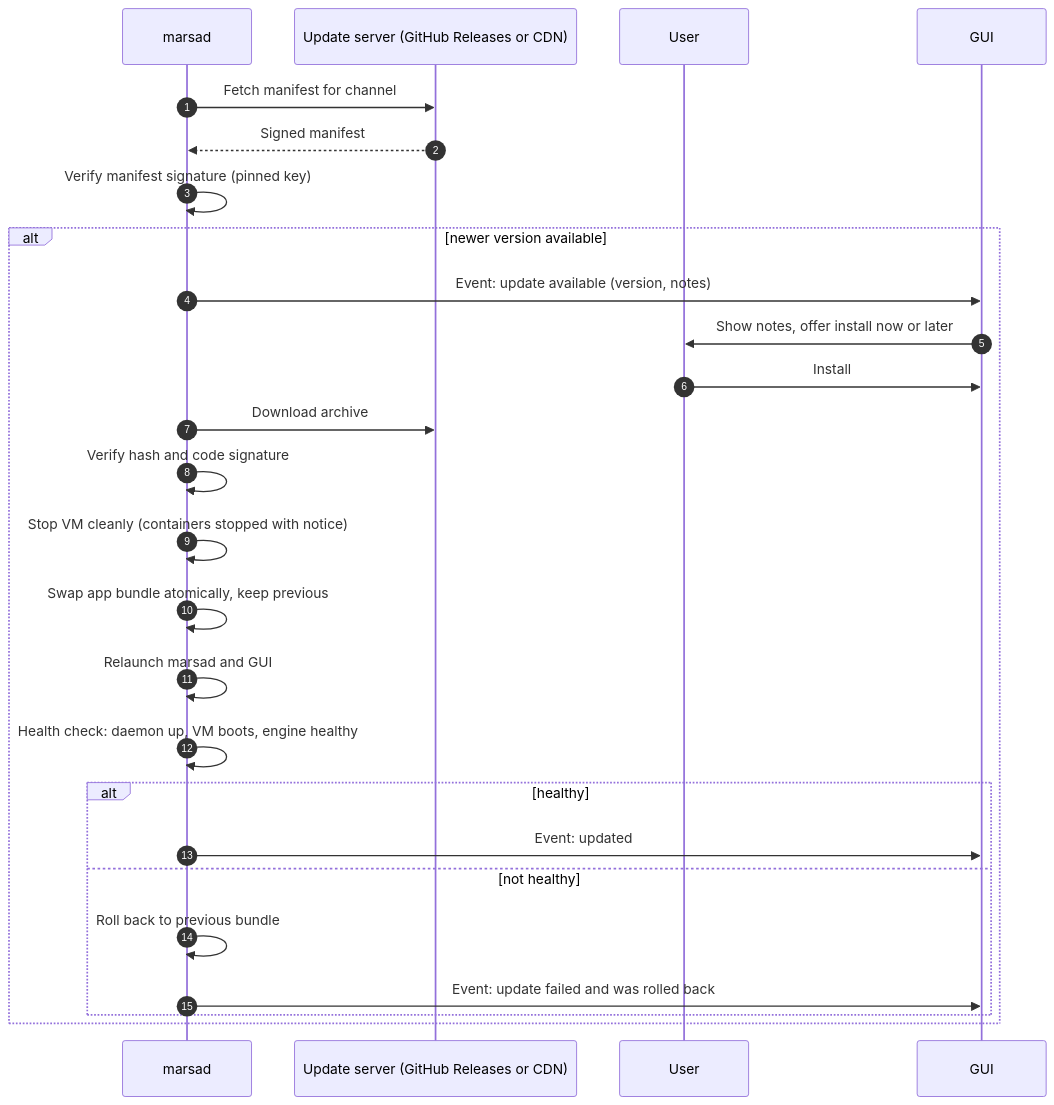
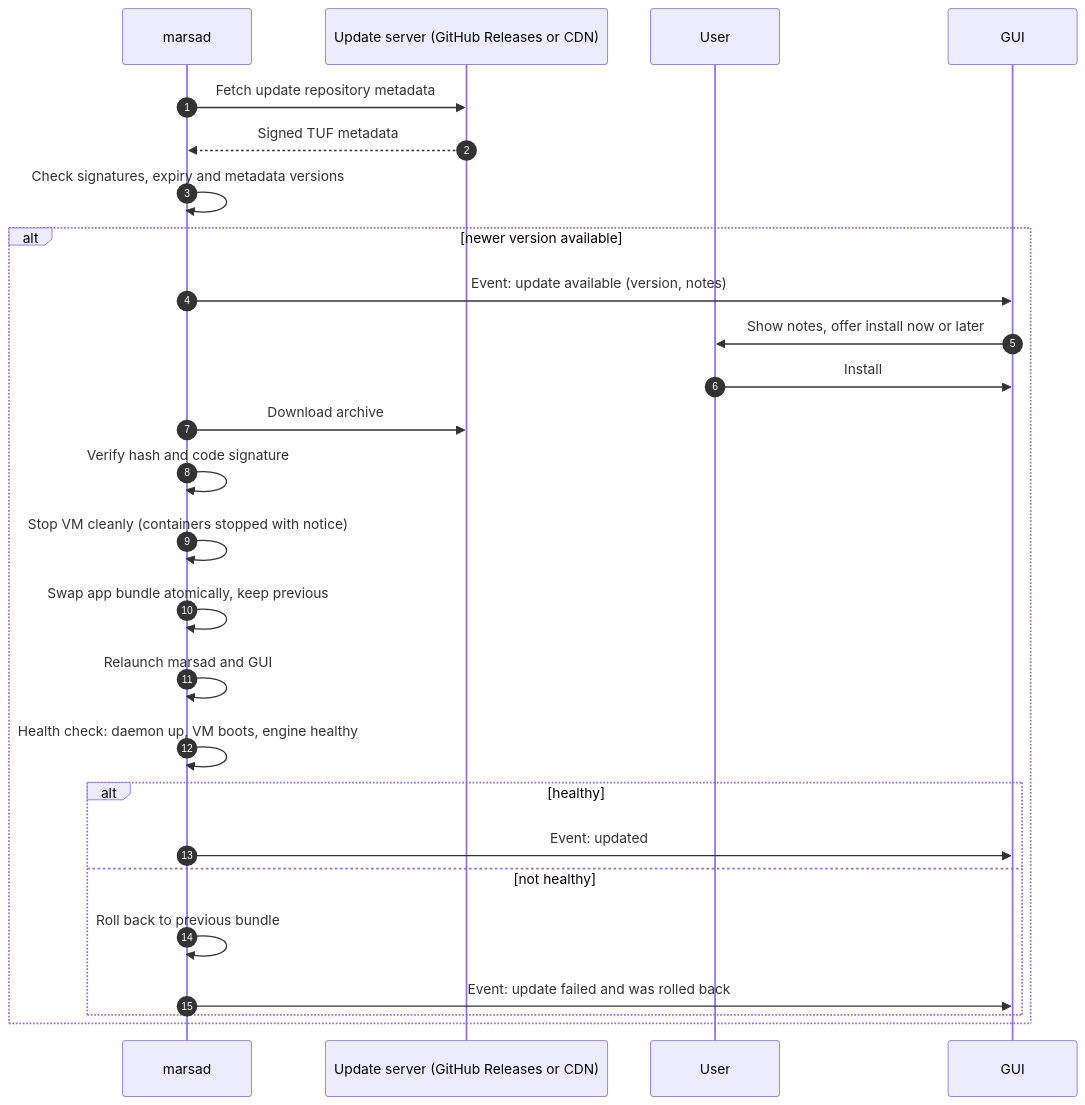
One commit to nasraldin/marsa changed the second of 3 diagrams in docs/12-build-release-update.md. Above: the diagram before and after it, drawn with Mermaid. The commit also changed other lines of this file and 7 other files, not shown here.

Commit message:
M10-03: define signed update metadata and key rotation

````diff
--- a/docs/12-build-release-update.md
+++ b/docs/12-build-release-update.md
@@ -110,29 +110,29 @@
 ```mermaid
 sequenceDiagram
     autonumber
     participant D as marsad
     participant S as Update server (GitHub Releases or CDN)
     participant U as User
     participant G as GUI
 
-    D->>S: Fetch manifest for channel
-    S-->>D: Signed manifest
-    D->>D: Verify manifest signature (pinned key)
+    D->>S: Fetch update repository metadata
+    S-->>D: Signed TUF metadata
+    D->>D: Check signatures, expiry and metadata versions
     alt newer version available
         D->>G: Event: update available (version, notes)
         G->>U: Show notes, offer install now or later
         U->>G: Install
         D->>S: Download archive
         D->>D: Verify hash and code signature
         D->>D: Stop VM cleanly (containers stopped with notice)
         D->>D: Swap app bundle atomically, keep previous
         D->>D: Relaunch marsad and GUI
         D->>D: Health check: daemon up, VM boots, engine healthy
         alt healthy
             D->>G: Event: updated
         else not healthy
             D->>D: Roll back to previous bundle
             D->>G: Event: update failed and was rolled back
         end
     end
 ```
````
